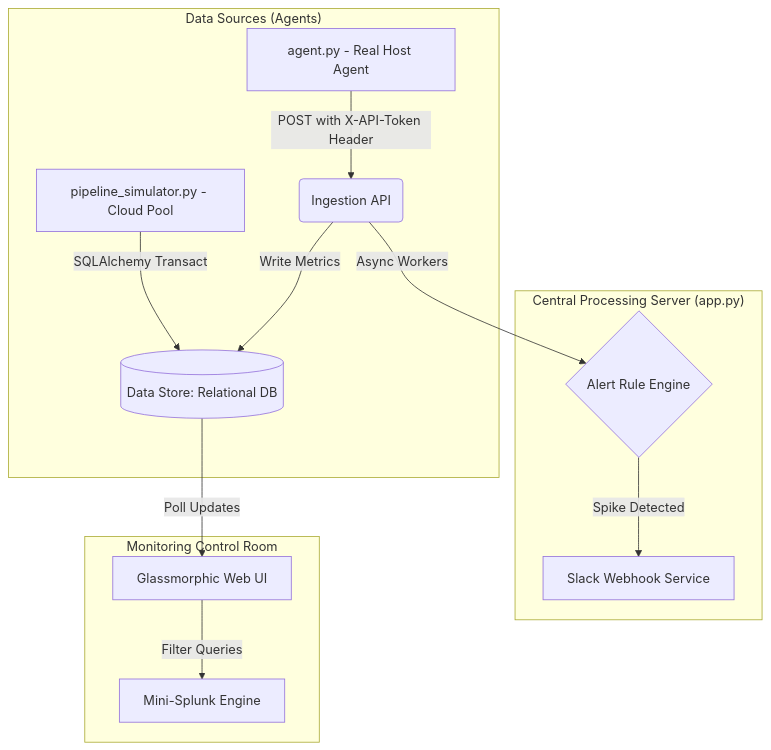
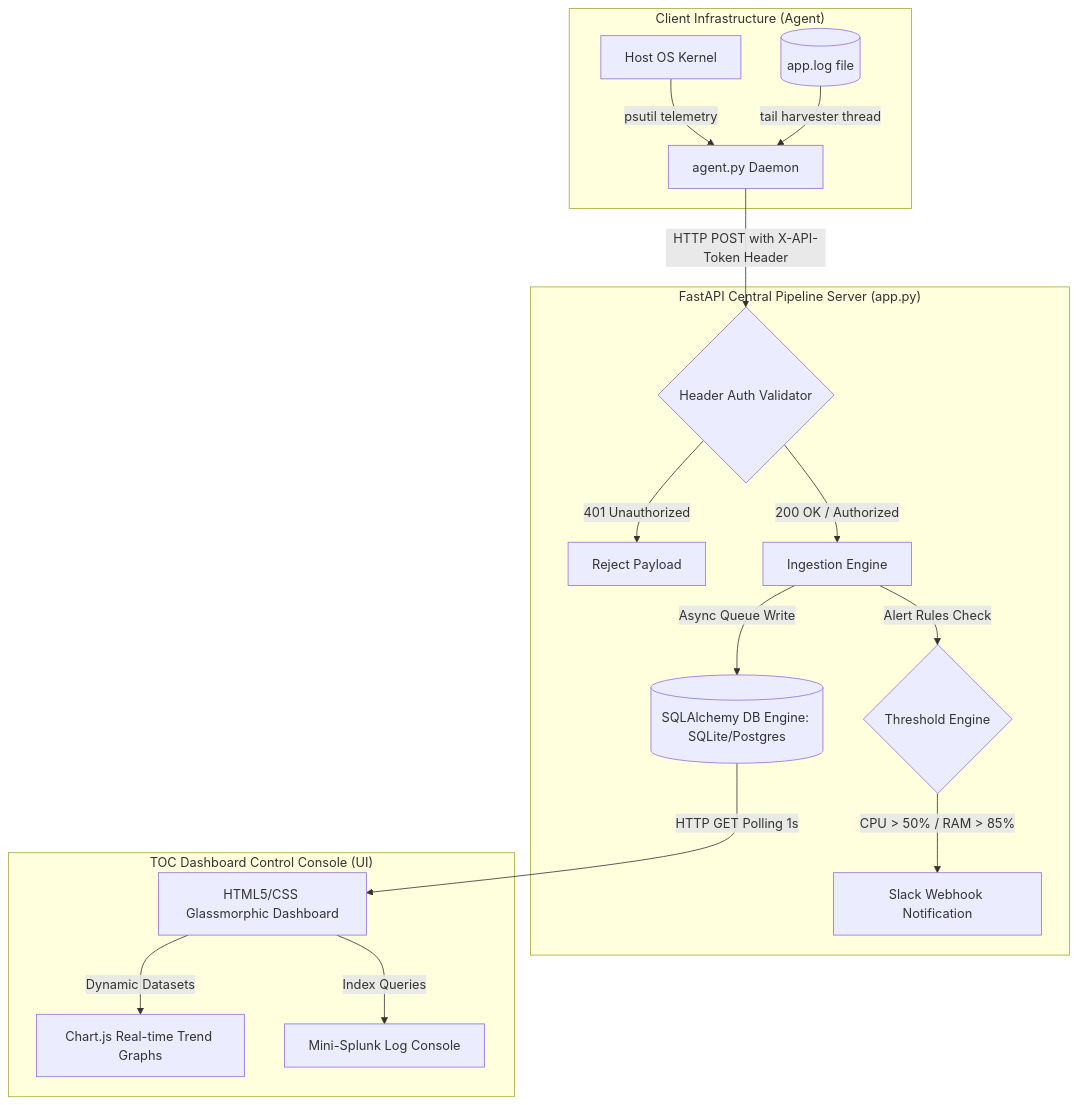
Before and after one commit to nikki-nooka/Enterprise-Cloud-Monitoring-Pipeline: the diagram in README.md, drawn with Mermaid. The commit also changed other lines of this file, not shown here.

Commit message:
Docs: Update README.md with detailed implementation milestones and detailed secure telemetry data flow chart

````diff
--- a/README.md
+++ b/README.md
@@ -20,18 +20,23 @@
 ```mermaid
-graph TD
-    subgraph "Data Sources (Agents)"
-        A1[agent.py - Real Host Agent] -->|POST with X-API-Token Header| B(Ingestion API)
-        A2[pipeline_simulator.py - Cloud Pool] -->|SQLAlchemy Transact| C[(Data Store: Relational DB)]
+flowchart TD
+    subgraph "Client Infrastructure (Agent)"
+        OS[Host OS Kernel] -->|psutil telemetry| AG[agent.py Daemon]
+        LOGS[(app.log file)] -->|tail harvester thread| AG
     end
 
-    subgraph "Central Processing Server (app.py)"
-        B -->|Async Workers| D{Alert Rule Engine}
-        D -->|Spike Detected| E[Slack Webhook Service]
-        B -->|Write Metrics| C
+    subgraph "FastAPI Central Pipeline Server (app.py)"
+        AG -->|HTTP POST with X-API-Token Header| SEC{Header Auth Validator}
+        SEC -->|401 Unauthorized| REJ[Reject Payload]
+        SEC -->|200 OK / Authorized| BG[Ingestion Engine]
+        
+        BG -->|Async Queue Write| DB[(SQLAlchemy DB Engine: SQLite/Postgres)]
+        BG -->|Alert Rules Check| AL{Threshold Engine}
+        AL -->|CPU > 50% / RAM > 85%| SL[Slack Webhook Notification]
     end
 
-    subgraph "Monitoring Control Room"
-        C -->|Poll Updates| F[Glassmorphic Web UI]
-        F -->|Filter Queries| G[Mini-Splunk Engine]
+    subgraph "TOC Dashboard Control Console (UI)"
+        DB -->|HTTP GET Polling 1s| UI[HTML5/CSS Glassmorphic Dashboard]
+        UI -->|Dynamic Datasets| CRT[Chart.js Real-time Trend Graphs]
+        UI -->|Index Queries| SPL[Mini-Splunk Log Console]
     end
 ```
````
